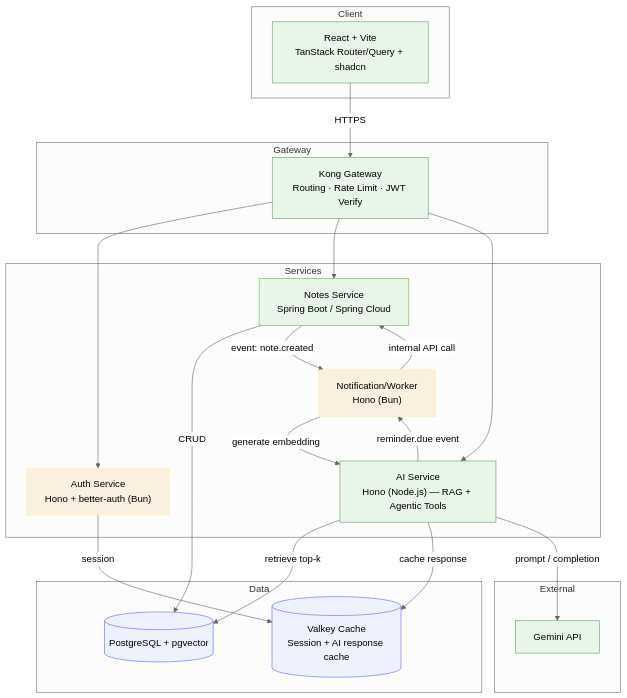
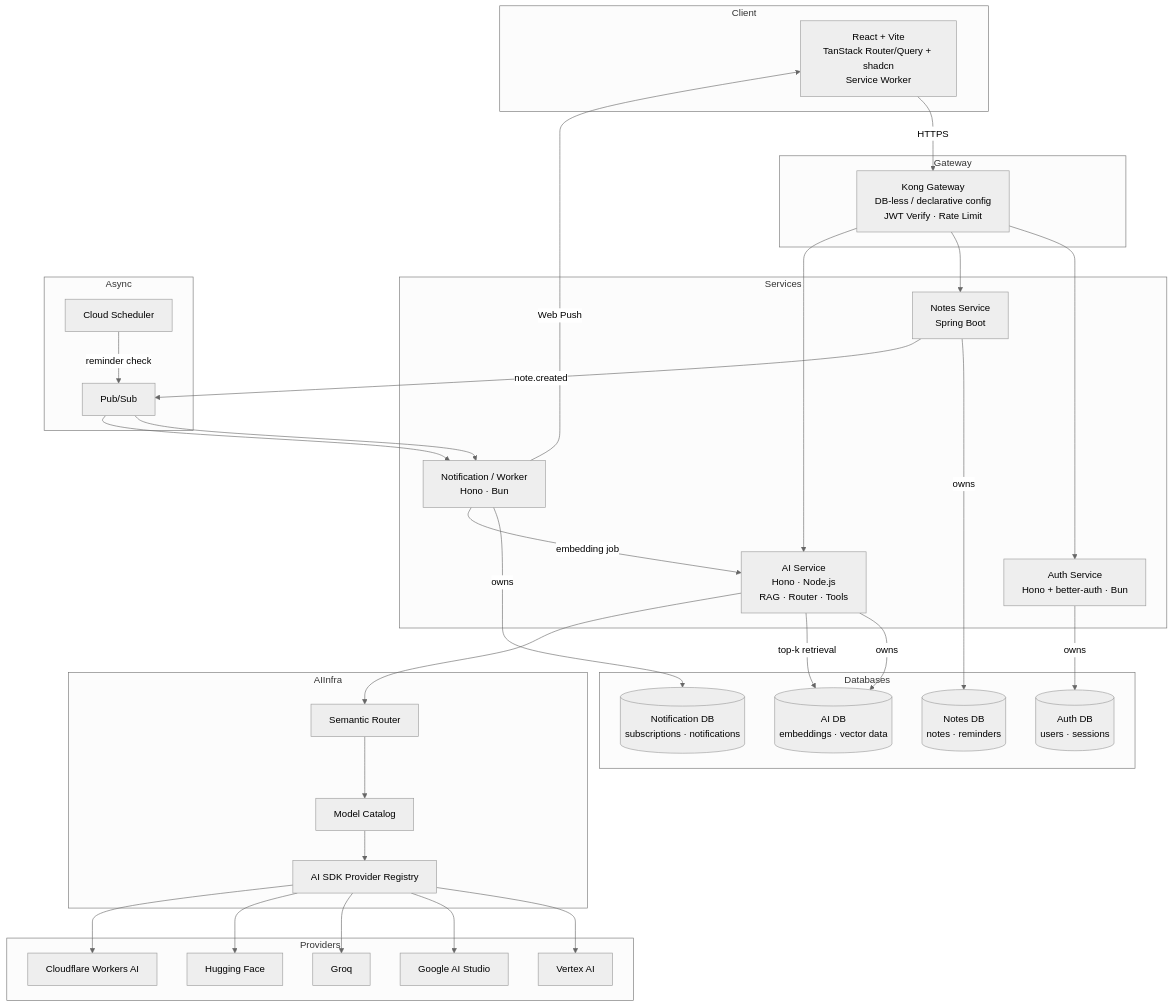
Before and after one commit to nbnguyen75/Synapse: the first of 2 diagrams in README.md, drawn with Mermaid (neutral theme). The commit also changed other lines of this file, not shown here.

````diff
--- a/README.md
+++ b/README.md
@@ -106,51 +139,72 @@
 ```mermaid
 flowchart TB
     subgraph Client
-        UI["React + Vite<br/>TanStack Router/Query + shadcn"]
+        UI["React + Vite<br/>TanStack Router/Query + shadcn<br/>Service Worker"]
     end
 
     subgraph Gateway
-        KONG["Kong Gateway<br/>Routing · Rate Limit · JWT Verify"]
+        KONG["Kong Gateway<br/>DB-less / declarative config<br/>JWT Verify · Rate Limit"]
     end
 
     subgraph Services
-        AUTH["Auth Service<br/>Hono + better-auth (Bun)"]
-        NOTES["Notes Service<br/>Spring Boot / Spring Cloud"]
-        AI["AI Service<br/>Hono (Node.js) — RAG + Agentic Tools"]
-        WORKER["Notification/Worker<br/>Hono (Bun)"]
+        AUTH["Auth Service<br/>Hono + better-auth · Bun"]
+        NOTES["Notes Service<br/>Spring Boot"]
+        AI["AI Service<br/>Hono · Node.js<br/>RAG · Router · Tools"]
+        WORKER["Notification / Worker<br/>Hono · Bun"]
     end
 
-    subgraph Data
-        PG[("PostgreSQL + pgvector")]
-        VALKEY[("Valkey Cache<br/>Session + AI response cache")]
+    subgraph Databases
+        AUTHDB[("Auth DB<br/>users · sessions")]
+        NOTESDB[("Notes DB<br/>notes · reminders")]
+        AIDB[("AI DB<br/>embeddings · vector data")]
+        NOTIFYDB[("Notification DB<br/>subscriptions · notifications")]
     end
 
-    subgraph External
-        GEMINI["Gemini API"]
+    subgraph AIInfra
+        ROUTER["Semantic Router"]
+        CATALOG["Model Catalog"]
+        REGISTRY["AI SDK Provider Registry"]
+    end
+
+    subgraph Providers
+        VERTEX["Vertex AI"]
+        AISTUDIO["Google AI Studio"]
+        GROQ["Groq"]
+        HF["Hugging Face"]
+        CF["Cloudflare Workers AI"]
+    end
+
+    subgraph Async
+        PUBSUB["Pub/Sub"]
+        SCHED["Cloud Scheduler"]
     end
 
     UI -->|HTTPS| KONG
     KONG --> AUTH
     KONG --> NOTES
     KONG --> AI
 
-    AUTH -->|session| VALKEY
-    NOTES -->|CRUD| PG
-    NOTES -->|"event: note.created"| WORKER
-    WORKER -->|generate embedding| AI
-    AI -->|retrieve top-k| PG
-    AI -->|cache response| VALKEY
-    AI -->|"reminder.due event"| WORKER
-    AI -->|prompt / completion| GEMINI
-    WORKER -->|internal API call| NOTES
+    AUTH -->|owns| AUTHDB
+    NOTES -->|owns| NOTESDB
+    AI -->|owns| AIDB
+    WORKER -->|owns| NOTIFYDB
 
-    classDef bun fill:#fbf0df,stroke:#f9f1a5,color:#000
-    classDef node fill:#e8f5e9,stroke:#68a063,color:#000
-    classDef spring fill:#e8f5e9,stroke:#6db33f,color:#000
-    classDef data fill:#eef2ff,stroke:#6366f1,color:#000
+    NOTES -->|"note.created"| PUBSUB
+    PUBSUB --> WORKER
+    WORKER -->|embedding job| AI
 
-    class AUTH,WORKER bun
-    class AI node
-    class NOTES spring
-    class PG,VALKEY data
+    AI -->|top-k retrieval| AIDB
+    AI --> ROUTER
+    ROUTER --> CATALOG
+    CATALOG --> REGISTRY
+
+    REGISTRY --> VERTEX
+    REGISTRY --> AISTUDIO
+    REGISTRY --> GROQ
+    REGISTRY --> HF
+    REGISTRY --> CF
+
+    SCHED -->|"reminder check"| PUBSUB
+    PUBSUB --> WORKER
+    WORKER -->|"Web Push"| UI
 ```
````
